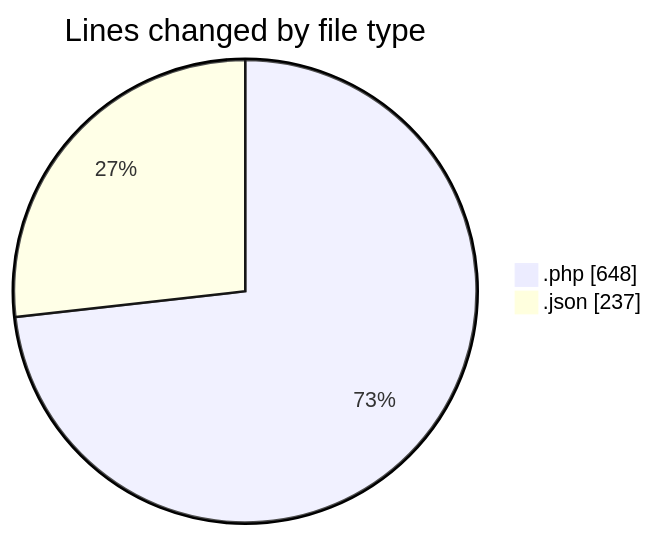
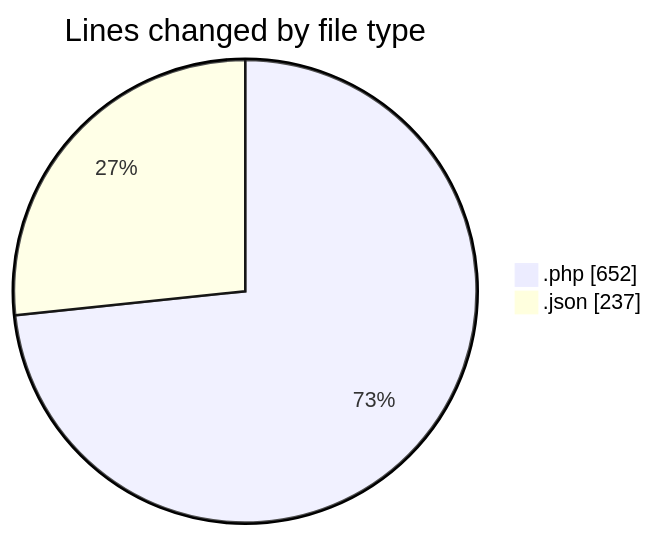
The first of 2 diagrams in 2025-06-16/studio-backend/README.md (idhammustaqopulfikri/code-tracking), drawn with Mermaid before and after one commit. The commit also changed other lines of this file and 1 other file, not shown here.

````diff
--- a/2025-06-16/studio-backend/README.md
+++ b/2025-06-16/studio-backend/README.md
@@ -23,6 +23,6 @@
 ```mermaid
 pie showData
 title Lines changed by file type
-".php" : 648
+".php" : 652
 ".json" : 237
 ```
````
